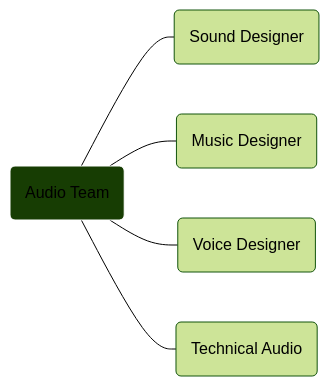
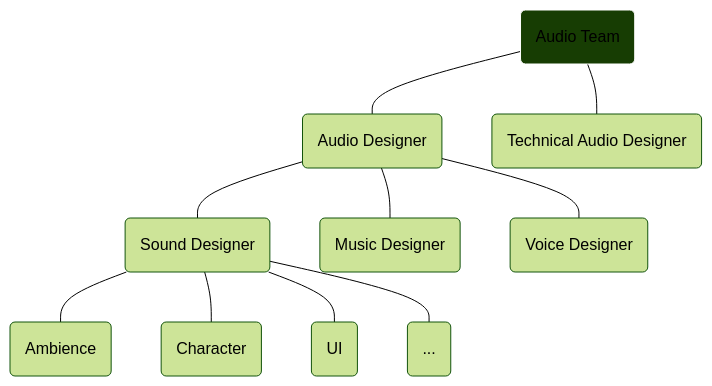
One commit to SounDoer/Game-Audio-Design-Slidev changed the third of 3 diagrams in pages/dev-workflow.md. Above: the diagram before and after it, drawn with Mermaid (forest theme). The commit also changed other lines of this file, not shown here.

````diff
--- a/pages/dev-workflow.md
+++ b/pages/dev-workflow.md
@@ -74,8 +75,13 @@
 ```mermaid {theme: 'base', scale: '1', themeVariables:{fontSize: '16px', primaryTextColor: '#fff',primaryColor: '#828181', 'lineColor': '#fff'}}
-graph LR
-  root(Audio Team) --- A(Sound Designer)
-  root --- B(Music Designer)
-  root --- C(Voice Designer)
-  root --- D(Technical Audio)
+graph TD
+  root(Audio Team) --- A(Audio Designer)
+  A --- A1(Sound Designer)
+  A1 --- A11(Ambience)
+  A1 --- A12(Character)
+  A1 --- A14(UI)
+  A1 --- A15(...)
+  A --- A2(Music Designer)
+  A --- A3(Voice Designer)
+  root --- D(Technical Audio Designer)
 style root fill:#173d03, stroke:#fff, stroke-width:1px
 ```
````
